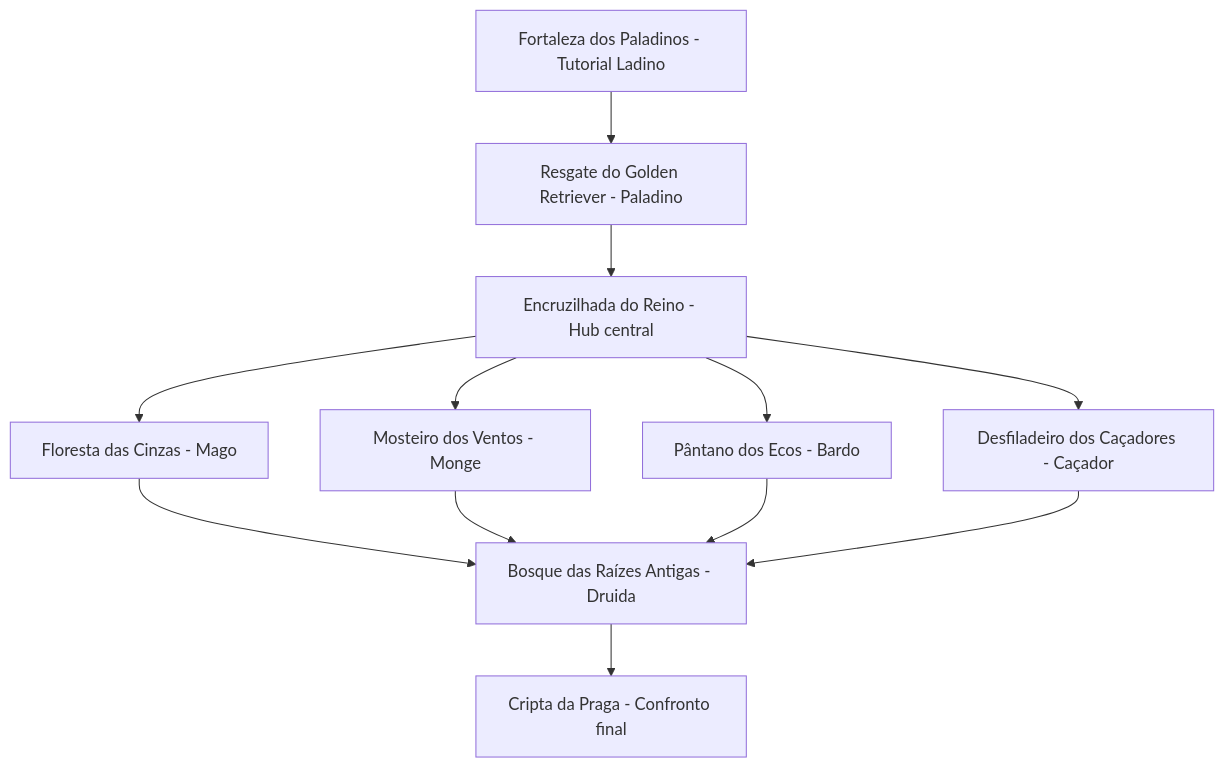
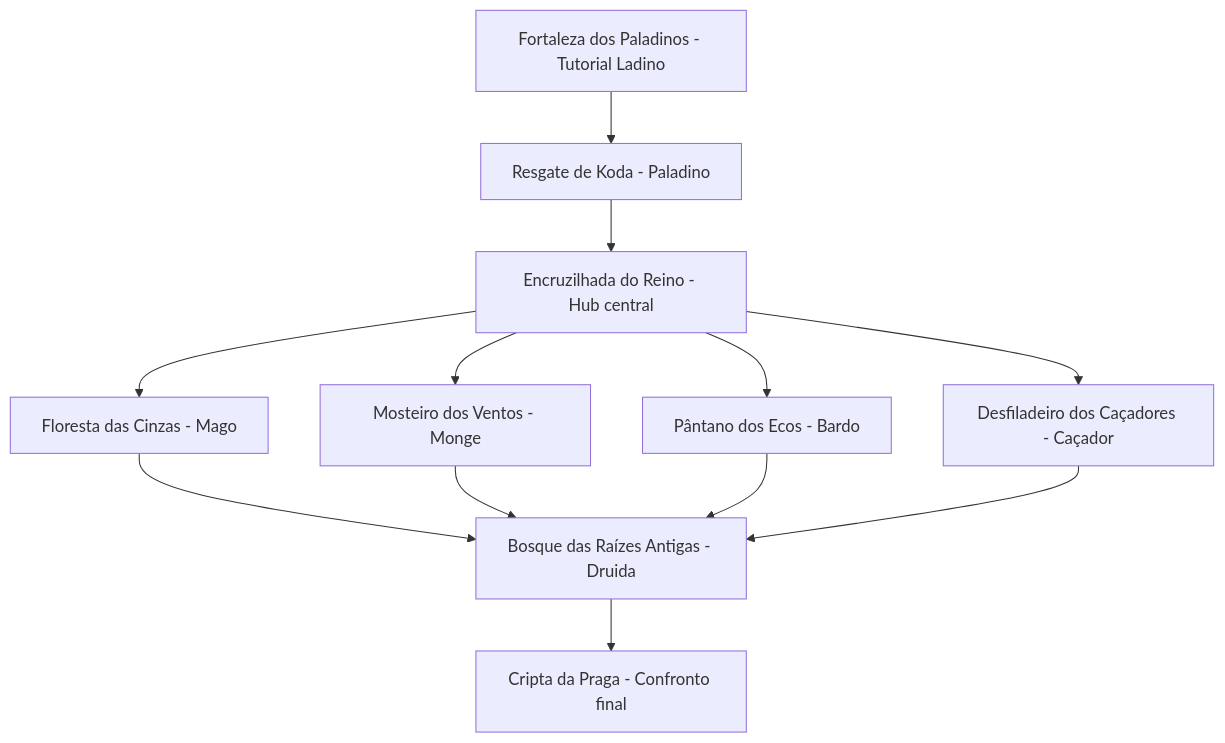
The diagram in Docs/GDD_Sete_Vidas_v0.1.md (l-magalhaes/sete-vidas), drawn with Mermaid before and after one commit. The commit also changed other lines of this file and 222 other files, not shown here.

````diff
--- a/Docs/GDD_Sete_Vidas_v0.1.md
+++ b/Docs/GDD_Sete_Vidas_v0.1.md
@@ -259,14 +259,14 @@
 ```mermaid
 flowchart TD
-    A[Fortaleza dos Paladinos - Tutorial Ladino] --> B[Resgate do Golden Retriever - Paladino]
+    A[Fortaleza dos Paladinos - Tutorial Ladino] --> B[Resgate de Koda - Paladino]
     B --> C[Encruzilhada do Reino - Hub central]
     C --> D[Floresta das Cinzas - Mago]
     C --> E[Mosteiro dos Ventos - Monge]
     C --> F[Pântano dos Ecos - Bardo]
     C --> G[Desfiladeiro dos Caçadores - Caçador]
     D --> H[Bosque das Raízes Antigas - Druida]
     E --> H
     F --> H
     G --> H
     H --> I[Cripta da Praga - Confronto final]
 ```
````
